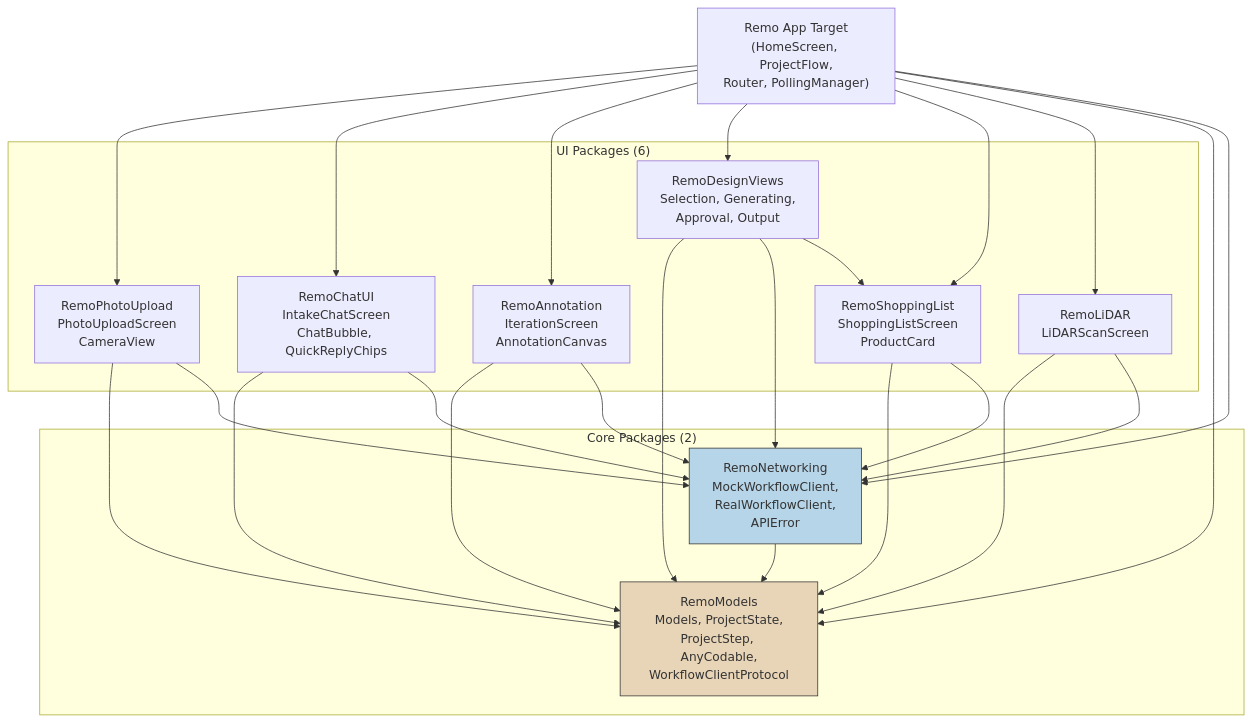
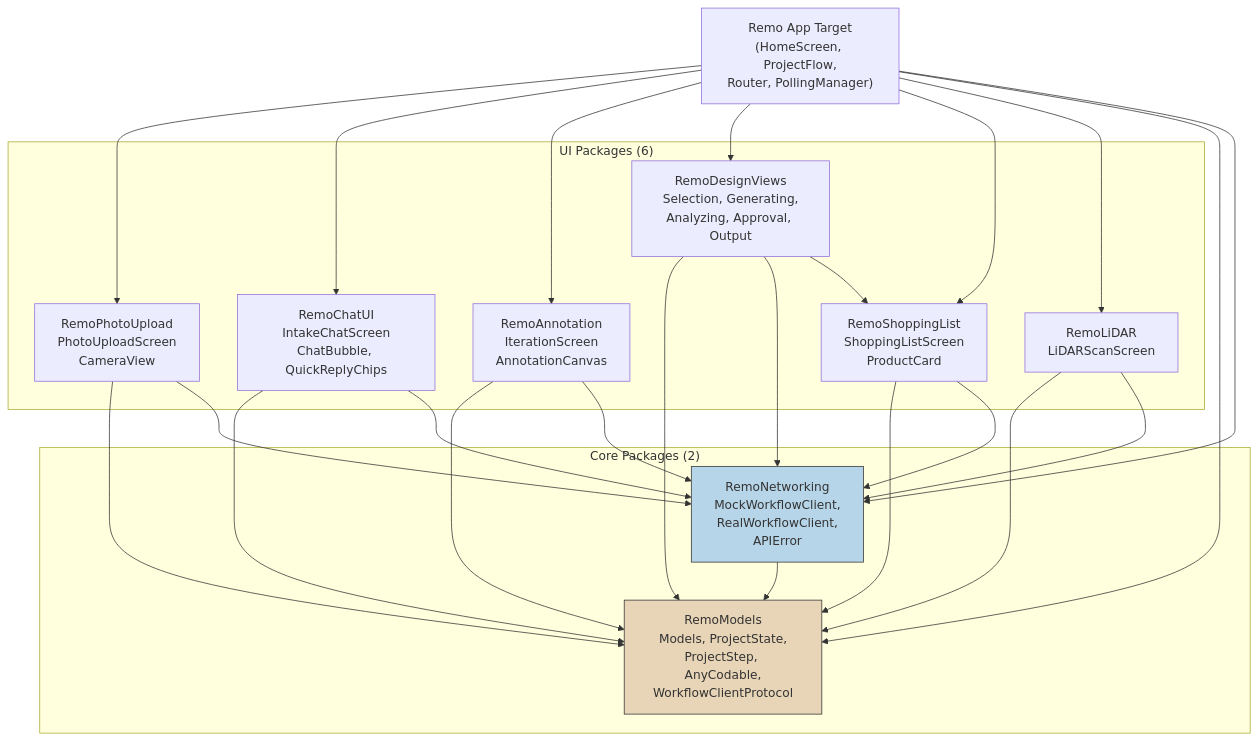
One commit to hippogriff-ai/remo changed the eighth of 12 diagrams in specs/ARCHITECTURE.md. Above: the diagram before and after it, drawn with Mermaid. The commit also changed other lines of this file and 58 other files, not shown here.

````diff
--- a/specs/ARCHITECTURE.md
+++ b/specs/ARCHITECTURE.md
@@ -323,33 +334,33 @@
 ```mermaid
 graph TD
     App["Remo App Target<br/>(HomeScreen, ProjectFlow,<br/>Router, PollingManager)"]
 
     subgraph UI["UI Packages (6)"]
         Photo["RemoPhotoUpload<br/>PhotoUploadScreen<br/>CameraView"]
         Chat["RemoChatUI<br/>IntakeChatScreen<br/>ChatBubble, QuickReplyChips"]
         Annot["RemoAnnotation<br/>IterationScreen<br/>AnnotationCanvas"]
-        Design["RemoDesignViews<br/>Selection, Generating,<br/>Approval, Output"]
+        Design["RemoDesignViews<br/>Selection, Generating,<br/>Analyzing, Approval, Output"]
         Shop["RemoShoppingList<br/>ShoppingListScreen<br/>ProductCard"]
         LiDAR["RemoLiDAR<br/>LiDARScanScreen"]
     end
 
     subgraph Core["Core Packages (2)"]
         Models["RemoModels<br/>Models, ProjectState,<br/>ProjectStep, AnyCodable,<br/>WorkflowClientProtocol"]
         Net["RemoNetworking<br/>MockWorkflowClient,<br/>RealWorkflowClient,<br/>APIError"]
     end
 
     App --> Photo & Chat & Annot & Design & Shop & LiDAR
     App --> Models & Net
 
     Photo --> Models & Net
     Chat --> Models & Net
     Annot --> Models & Net
     Design --> Models & Net & Shop
     Shop --> Models & Net
     LiDAR --> Models & Net
 
     Net --> Models
 
     style Models fill:#e8d5b7,stroke:#333
     style Net fill:#b7d5e8,stroke:#333
 ```
````
